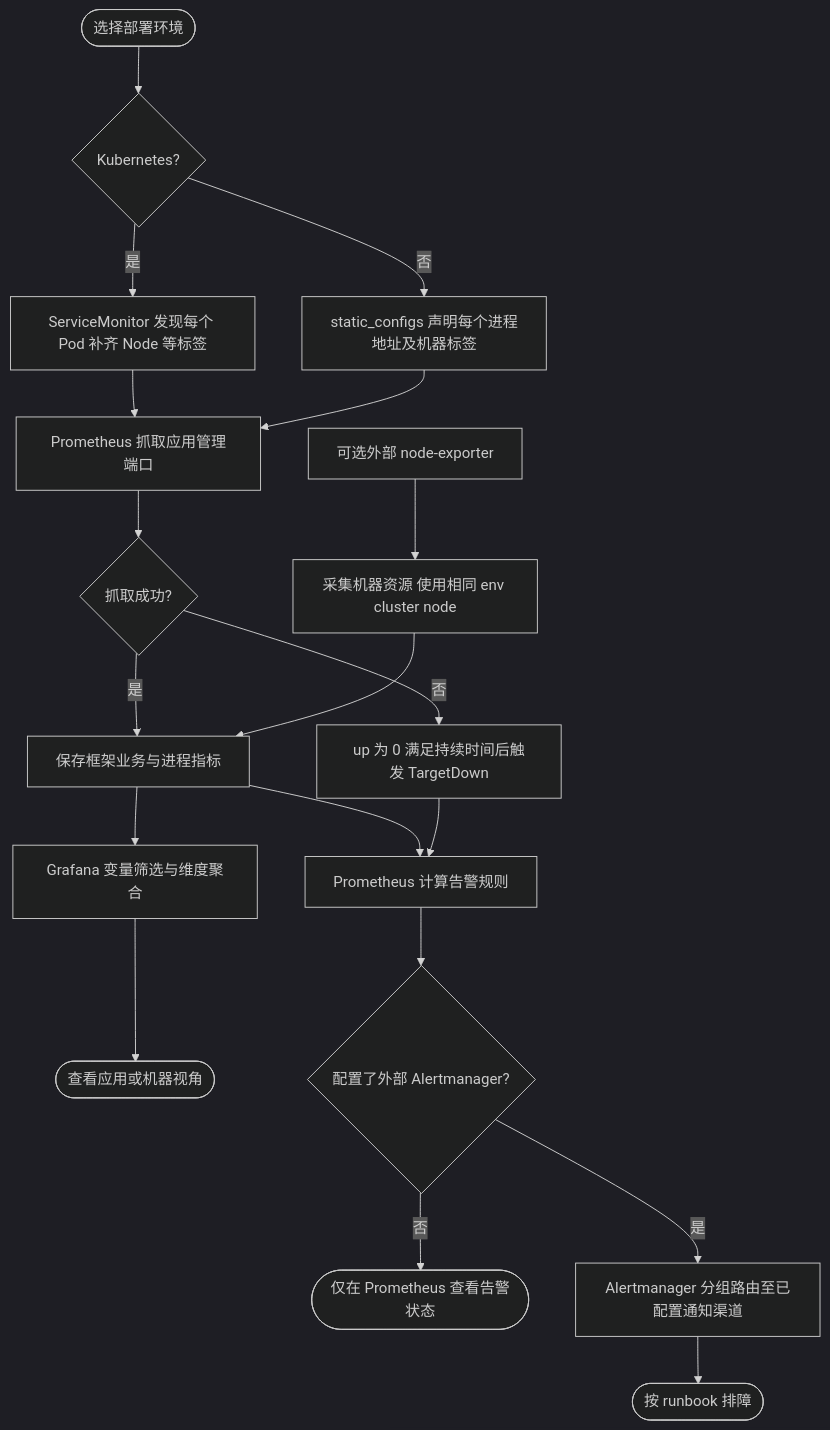
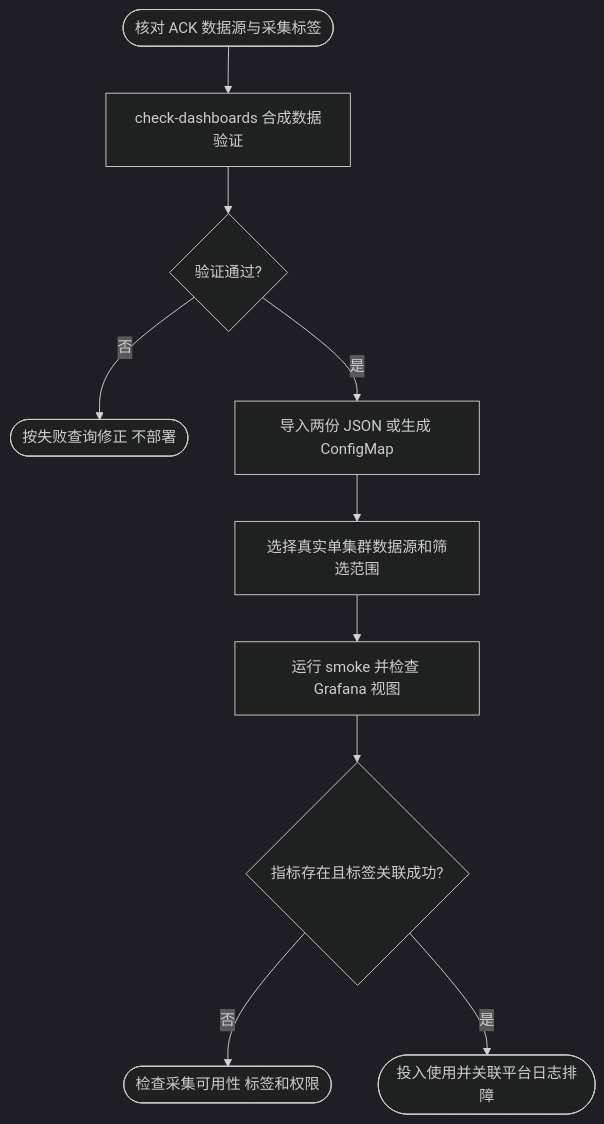
One commit to jaggerzhuang1994/kratos-foundation changed the diagram in deploy/observability/README.md. Above: the diagram before and after it, drawn with Mermaid (dark theme). The commit also changed other lines of this file and 14 other files, not shown here.

Commit message:
feat(observability): redesign ACK container and node dashboards

````diff
--- a/deploy/observability/README.md
+++ b/deploy/observability/README.md
@@ -54,21 +52,12 @@
 ```mermaid
 flowchart TD
-    A([选择部署环境]) --> B{Kubernetes?}
-    B -- 是 --> C[ServiceMonitor 发现每个 Pod 补齐 Node 等标签]
-    B -- 否 --> D[static_configs 声明每个进程地址及机器标签]
-    C --> E[Prometheus 抓取应用管理端口]
-    D --> E
-    E --> F{抓取成功?}
-    F -- 否 --> G[up 为 0 满足持续时间后触发 TargetDown]
-    F -- 是 --> H[保存框架业务与进程指标]
-    I[可选外部 node-exporter] --> J[采集机器资源 使用相同 env cluster node]
-    J --> H
-    H --> K[Grafana 变量筛选与维度聚合]
-    K --> L([查看应用或机器视角])
-    H --> M[Prometheus 计算告警规则]
-    G --> M
-    M --> N{配置了外部 Alertmanager?}
-    N -- 否 --> O([仅在 Prometheus 查看告警状态])
-    N -- 是 --> P[Alertmanager 分组路由至已配置通知渠道]
-    P --> Q([按 runbook 排障])
+    A([核对 ACK 数据源与采集标签]) --> B[check-dashboards 合成数据验证]
+    B --> C{验证通过?}
+    C -- 否 --> D([按失败查询修正 不部署])
+    C -- 是 --> E[导入两份 JSON 或生成 ConfigMap]
+    E --> F[选择真实单集群数据源和筛选范围]
+    F --> G[运行 smoke 并检查 Grafana 视图]
+    G --> H{指标存在且标签关联成功?}
+    H -- 否 --> I([检查采集可用性 标签和权限])
+    H -- 是 --> J([投入使用并关联平台日志排障])
 ```
````
